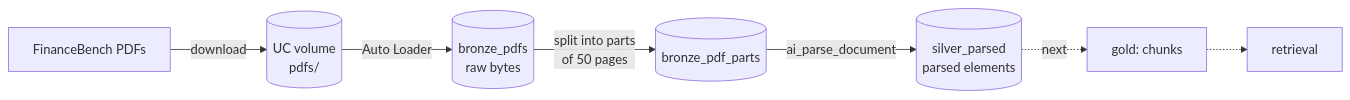
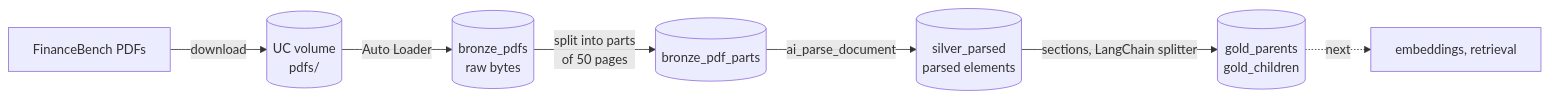
One commit to SuddhaswattaMaityUK/dbx-finance-bench-rag changed the diagram in README.md. Above: the diagram before and after it, drawn with Mermaid. The commit also changed other lines of this file and 2 other files, not shown here.

First line of the commit message:
Gold: parent-child chunks with LangChain, as a stream

````diff
--- a/README.md
+++ b/README.md
@@ -9,9 +9,9 @@
 ```mermaid
 flowchart LR
     A[FinanceBench PDFs] -->|download| V[(UC volume<br/>pdfs/)]
     V -->|Auto Loader| B[(bronze_pdfs<br/>raw bytes)]
     B -->|"split into parts<br/>of 50 pages"| T[("bronze_pdf_parts")]
     T -->|"ai_parse_document"| S[("silver_parsed<br/>parsed elements")]
-    S -.->|next| G["gold: chunks"]
-    G -.-> R["retrieval"]
+    S -->|"sections, LangChain splitter"| G[("gold_parents<br/>gold_children")]
+    G -.->|next| R["embeddings, retrieval"]
 ```
````
